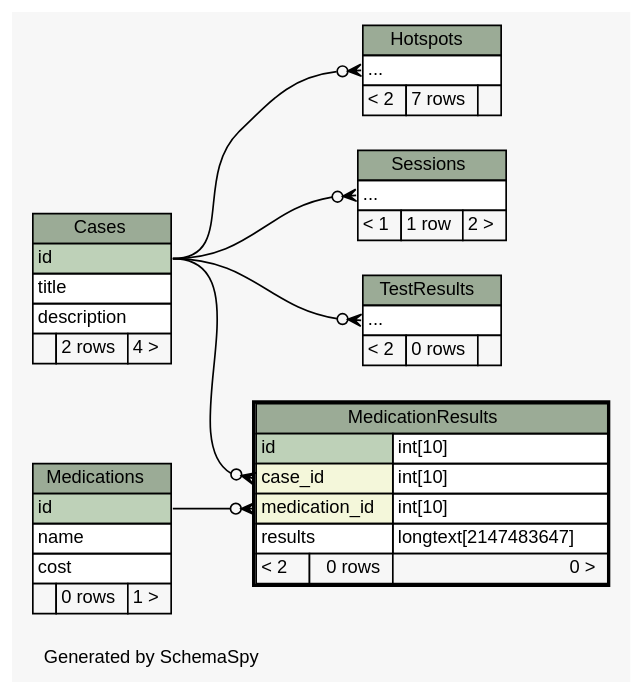
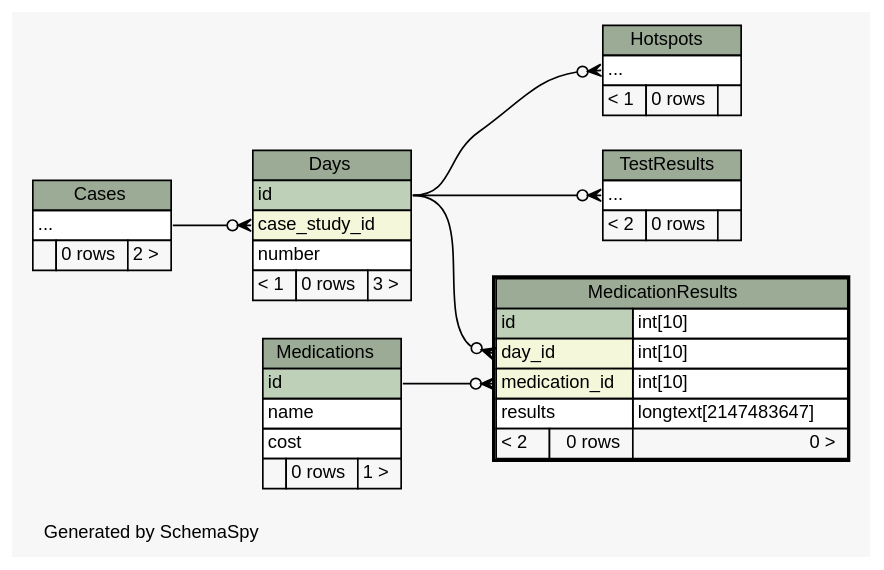
Before and after one commit to carrel2/CaseStudies: the diagram in web/files/schema/diagrams/MedicationResults.2degrees.dot, drawn with Graphviz. The commit also changed 88 other files, not shown here.

```diff
--- a/web/files/schema/diagrams/MedicationResults.2degrees.dot
+++ b/web/files/schema/diagrams/MedicationResults.2degrees.dot
@@ -1,94 +1,94 @@
-// dot 2.38.0 on Linux 4.4.0-59-generic
+// dot 2.38.0 on Linux 4.4.0-62-generic
 // SchemaSpy rev 590
 digraph "twoDegreesRelationshipsDiagram" {
   graph [
     rankdir="RL"
     bgcolor="#f7f7f7"
     label="\nGenerated by SchemaSpy"
     labeljust="l"
     nodesep="0.18"
     ranksep="0.46"
     fontname="Helvetica"
     fontsize="11"
   ];
   node [
     fontname="Helvetica"
     fontsize="11"
     shape="plaintext"
   ];
   edge [
     arrowsize="0.8"
   ];
-  "Hotspots":"elipses":w -> "Cases":"id":e [arrowhead=none dir=back arrowtail=crowodot];
-  "MedicationResults":"case_id":w -> "Cases":"id":e [arrowhead=none dir=back arrowtail=crowodot];
+  "Days":"case_study_id":w -> "Cases":"elipses":e [arrowhead=none dir=back arrowtail=crowodot];
+  "Hotspots":"elipses":w -> "Days":"id":e [arrowhead=none dir=back arrowtail=crowodot];
+  "MedicationResults":"day_id":w -> "Days":"id":e [arrowhead=none dir=back arrowtail=crowodot];
   "MedicationResults":"medication_id":w -> "Medications":"id":e [arrowhead=none dir=back arrowtail=crowodot];
-  "Sessions":"elipses":w -> "Cases":"id":e [arrowhead=none dir=back arrowtail=crowodot];
-  "TestResults":"elipses":w -> "Cases":"id":e [arrowhead=none dir=back arrowtail=crowodot];
+  "TestResults":"elipses":w -> "Days":"id":e [arrowhead=none dir=back arrowtail=crowodot];
   "Cases" [
     label=<
     <TABLE BORDER="0" CELLBORDER="1" CELLSPACING="0" BGCOLOR="#ffffff">
       <TR><TD COLSPAN="3" BGCOLOR="#9bab96" ALIGN="CENTER">Cases</TD></TR>
-      <TR><TD PORT="id" COLSPAN="3" BGCOLOR="#bed1b8" ALIGN="LEFT">id</TD></TR>
-      <TR><TD PORT="title" COLSPAN="3" ALIGN="LEFT">title</TD></TR>
-      <TR><TD PORT="description" COLSPAN="3" ALIGN="LEFT">description</TD></TR>
-      <TR><TD ALIGN="LEFT" BGCOLOR="#f7f7f7">  </TD><TD ALIGN="RIGHT" BGCOLOR="#f7f7f7">2 rows</TD><TD ALIGN="RIGHT" BGCOLOR="#f7f7f7">4 &gt;</TD></TR>
+      <TR><TD PORT="elipses" COLSPAN="3" ALIGN="LEFT">...</TD></TR>
+      <TR><TD ALIGN="LEFT" BGCOLOR="#f7f7f7">  </TD><TD ALIGN="RIGHT" BGCOLOR="#f7f7f7">0 rows</TD><TD ALIGN="RIGHT" BGCOLOR="#f7f7f7">2 &gt;</TD></TR>
     </TABLE>>
     URL="Cases.html"
     tooltip="Cases"
+  ];
+  "Days" [
+    label=<
+    <TABLE BORDER="0" CELLBORDER="1" CELLSPACING="0" BGCOLOR="#ffffff">
+      <TR><TD COLSPAN="3" BGCOLOR="#9bab96" ALIGN="CENTER">Days</TD></TR>
+      <TR><TD PORT="id" COLSPAN="3" BGCOLOR="#bed1b8" ALIGN="LEFT">id</TD></TR>
+      <TR><TD PORT="case_study_id" COLSPAN="3" BGCOLOR="#f4f7da" ALIGN="LEFT">case_study_id</TD></TR>
+      <TR><TD PORT="number" COLSPAN="3" ALIGN="LEFT">number</TD></TR>
+      <TR><TD ALIGN="LEFT" BGCOLOR="#f7f7f7">&lt; 1</TD><TD ALIGN="RIGHT" BGCOLOR="#f7f7f7">0 rows</TD><TD ALIGN="RIGHT" BGCOLOR="#f7f7f7">3 &gt;</TD></TR>
+    </TABLE>>
+    URL="Days.html"
+    tooltip="Days"
   ];
   "Hotspots" [
     label=<
     <TABLE BORDER="0" CELLBORDER="1" CELLSPACING="0" BGCOLOR="#ffffff">
       <TR><TD COLSPAN="3" BGCOLOR="#9bab96" ALIGN="CENTER">Hotspots</TD></TR>
       <TR><TD PORT="elipses" COLSPAN="3" ALIGN="LEFT">...</TD></TR>
-      <TR><TD ALIGN="LEFT" BGCOLOR="#f7f7f7">&lt; 2</TD><TD ALIGN="RIGHT" BGCOLOR="#f7f7f7">7 rows</TD><TD ALIGN="RIGHT" BGCOLOR="#f7f7f7">  </TD></TR>
+      <TR><TD ALIGN="LEFT" BGCOLOR="#f7f7f7">&lt; 1</TD><TD ALIGN="RIGHT" BGCOLOR="#f7f7f7">0 rows</TD><TD ALIGN="RIGHT" BGCOLOR="#f7f7f7">  </TD></TR>
     </TABLE>>
     URL="Hotspots.html"
     tooltip="Hotspots"
   ];
   "MedicationResults" [
     label=<
     <TABLE BORDER="2" CELLBORDER="1" CELLSPACING="0" BGCOLOR="#ffffff">
       <TR><TD COLSPAN="3" BGCOLOR="#9bab96" ALIGN="CENTER">MedicationResults</TD></TR>
       <TR><TD PORT="id" COLSPAN="2" BGCOLOR="#bed1b8" ALIGN="LEFT">id</TD><TD PORT="id.type" ALIGN="LEFT">int[10]</TD></TR>
-      <TR><TD PORT="case_id" COLSPAN="2" BGCOLOR="#f4f7da" ALIGN="LEFT">case_id</TD><TD PORT="case_id.type" ALIGN="LEFT">int[10]</TD></TR>
+      <TR><TD PORT="day_id" COLSPAN="2" BGCOLOR="#f4f7da" ALIGN="LEFT">day_id</TD><TD PORT="day_id.type" ALIGN="LEFT">int[10]</TD></TR>
       <TR><TD PORT="medication_id" COLSPAN="2" BGCOLOR="#f4f7da" ALIGN="LEFT">medication_id</TD><TD PORT="medication_id.type" ALIGN="LEFT">int[10]</TD></TR>
       <TR><TD PORT="results" COLSPAN="2" ALIGN="LEFT">results</TD><TD PORT="results.type" ALIGN="LEFT">longtext[2147483647]</TD></TR>
       <TR><TD ALIGN="LEFT" BGCOLOR="#f7f7f7">&lt; 2</TD><TD ALIGN="RIGHT" BGCOLOR="#f7f7f7">0 rows</TD><TD ALIGN="RIGHT" BGCOLOR="#f7f7f7">0 &gt;</TD></TR>
     </TABLE>>
     URL="MedicationResults.html"
     tooltip="MedicationResults"
   ];
   "Medications" [
     label=<
     <TABLE BORDER="0" CELLBORDER="1" CELLSPACING="0" BGCOLOR="#ffffff">
       <TR><TD COLSPAN="3" BGCOLOR="#9bab96" ALIGN="CENTER">Medications</TD></TR>
       <TR><TD PORT="id" COLSPAN="3" BGCOLOR="#bed1b8" ALIGN="LEFT">id</TD></TR>
       <TR><TD PORT="name" COLSPAN="3" ALIGN="LEFT">name</TD></TR>
       <TR><TD PORT="cost" COLSPAN="3" ALIGN="LEFT">cost</TD></TR>
       <TR><TD ALIGN="LEFT" BGCOLOR="#f7f7f7">  </TD><TD ALIGN="RIGHT" BGCOLOR="#f7f7f7">0 rows</TD><TD ALIGN="RIGHT" BGCOLOR="#f7f7f7">1 &gt;</TD></TR>
     </TABLE>>
     URL="Medications.html"
     tooltip="Medications"
   ];
-  "Sessions" [
-    label=<
-    <TABLE BORDER="0" CELLBORDER="1" CELLSPACING="0" BGCOLOR="#ffffff">
-      <TR><TD COLSPAN="3" BGCOLOR="#9bab96" ALIGN="CENTER">Sessions</TD></TR>
-      <TR><TD PORT="elipses" COLSPAN="3" ALIGN="LEFT">...</TD></TR>
-      <TR><TD ALIGN="LEFT" BGCOLOR="#f7f7f7">&lt; 1</TD><TD ALIGN="RIGHT" BGCOLOR="#f7f7f7">1 row</TD><TD ALIGN="RIGHT" BGCOLOR="#f7f7f7">2 &gt;</TD></TR>
-    </TABLE>>
-    URL="Sessions.html"
-    tooltip="Sessions"
-  ];
   "TestResults" [
     label=<
     <TABLE BORDER="0" CELLBORDER="1" CELLSPACING="0" BGCOLOR="#ffffff">
       <TR><TD COLSPAN="3" BGCOLOR="#9bab96" ALIGN="CENTER">TestResults</TD></TR>
       <TR><TD PORT="elipses" COLSPAN="3" ALIGN="LEFT">...</TD></TR>
       <TR><TD ALIGN="LEFT" BGCOLOR="#f7f7f7">&lt; 2</TD><TD ALIGN="RIGHT" BGCOLOR="#f7f7f7">0 rows</TD><TD ALIGN="RIGHT" BGCOLOR="#f7f7f7">  </TD></TR>
     </TABLE>>
     URL="TestResults.html"
     tooltip="TestResults"
   ];
 }
```
